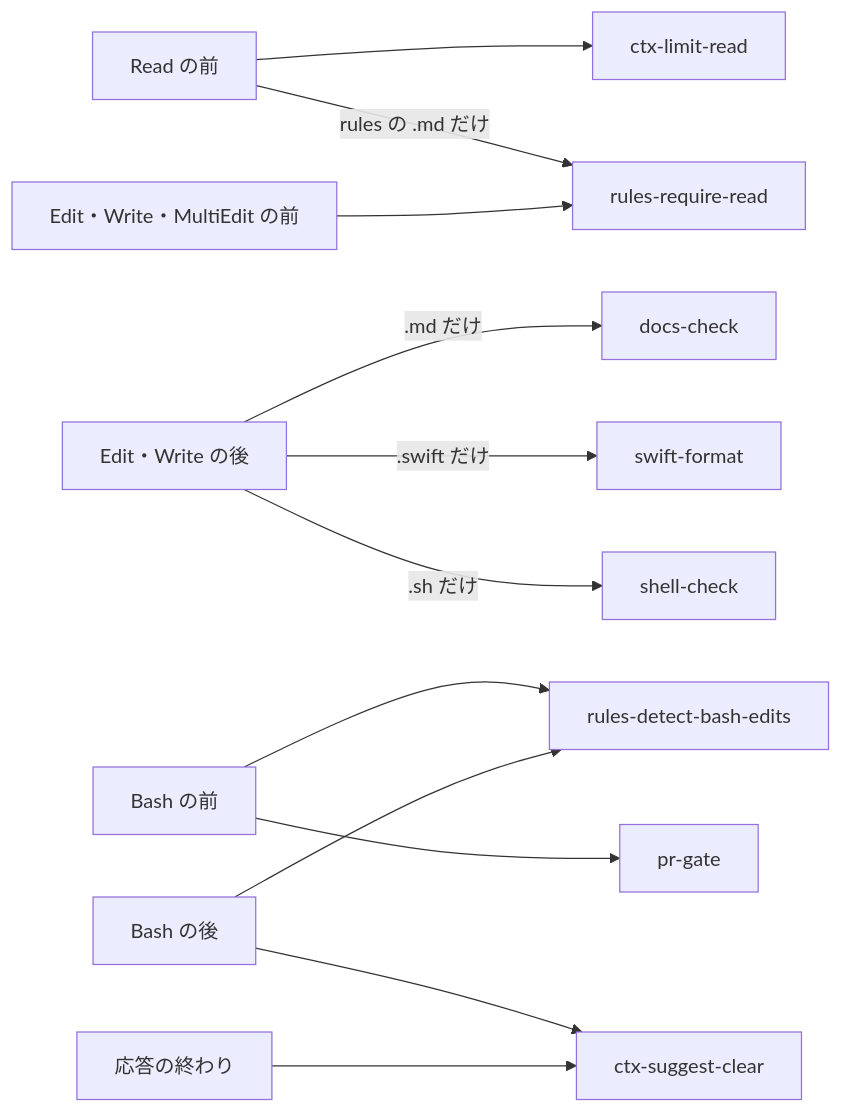
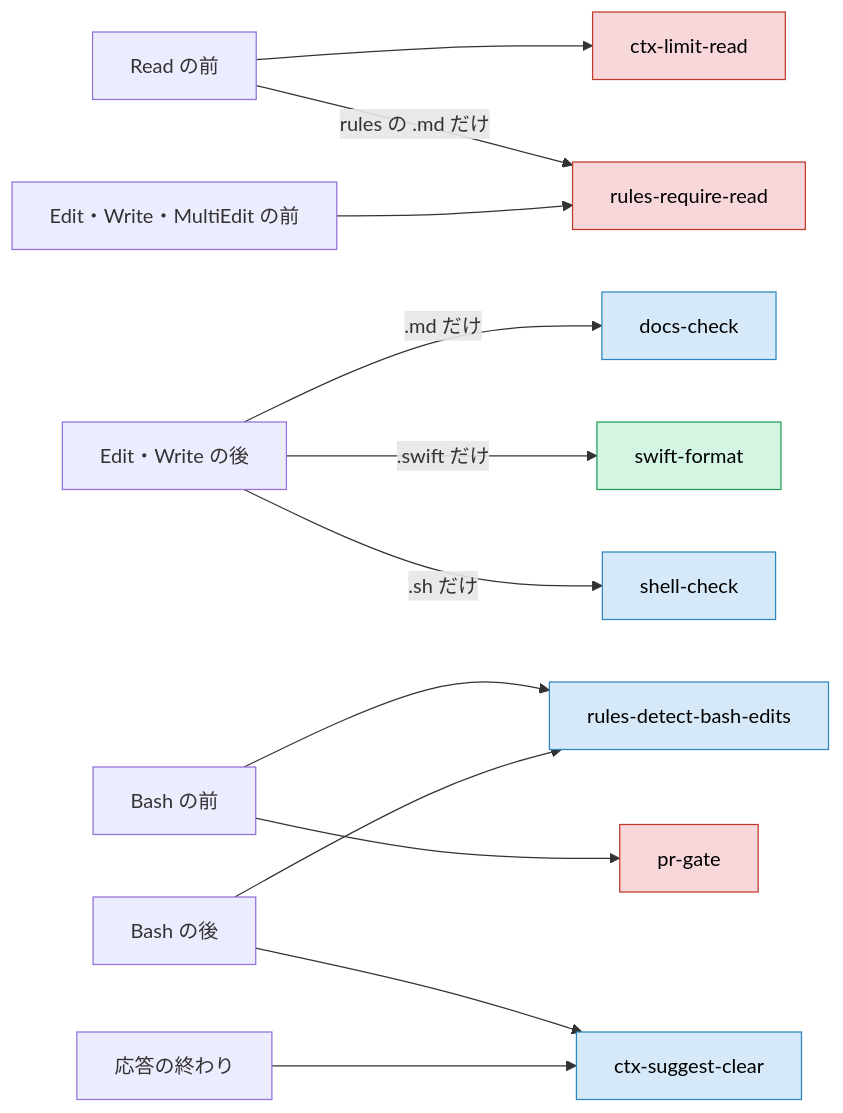
One commit to yossibank/claude-config changed the third of 3 diagrams in README.md. Above: the diagram before and after it, drawn with Mermaid. The commit also changed other lines of this file and 5 other files, not shown here.

First line of the commit message:
docs: show the skill flow and hook actions at a glance (#74)

````diff
--- a/README.md
+++ b/README.md
@@ -103,14 +131,21 @@
 ```mermaid
 flowchart LR
     readBefore["Read の前"] --> limit["ctx-limit-read"]
     readBefore -->|rules の .md だけ| require["rules-require-read"]
     editBefore["Edit・Write・MultiEdit の前"] --> require
     editAfter["Edit・Write の後"] -->|.md だけ| docs["docs-check"]
     editAfter -->|.swift だけ| swift["swift-format"]
     editAfter -->|.sh だけ| shell["shell-check"]
     bashBefore["Bash の前"] --> detect["rules-detect-bash-edits"]
     bashBefore --> gate["pr-gate"]
     bashAfter["Bash の後"] --> detect
     bashAfter --> clear["ctx-suggest-clear"]
     stop["応答の終わり"] --> clear
+
+    classDef block fill:#f8d7da,stroke:#c0392b,color:#000
+    classDef inform fill:#d6e9f8,stroke:#2e86c1,color:#000
+    classDef tidy fill:#d5f5e3,stroke:#239b56,color:#000
+    class limit,require,gate block
+    class docs,shell,detect,clear inform
+    class swift tidy
 ```
````
